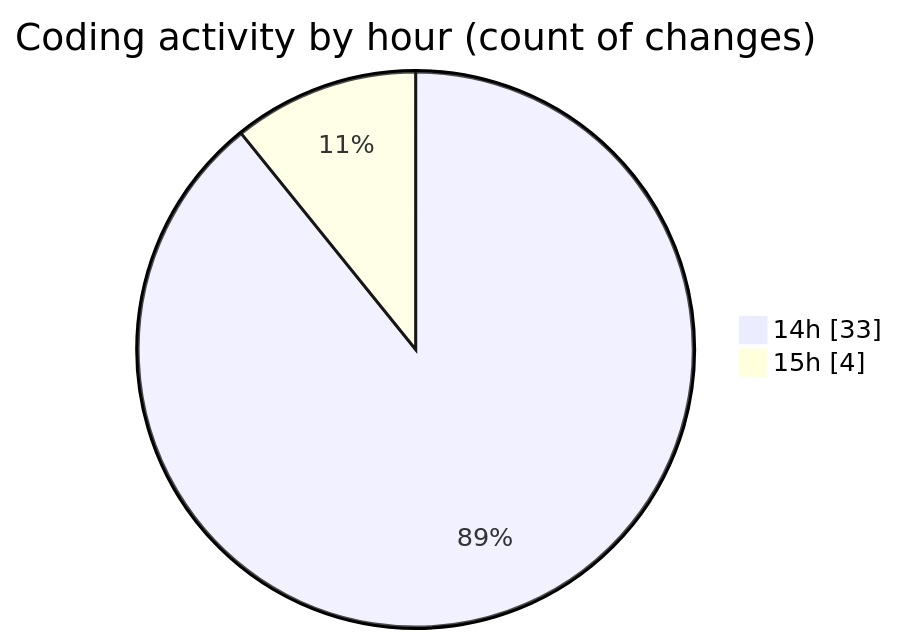
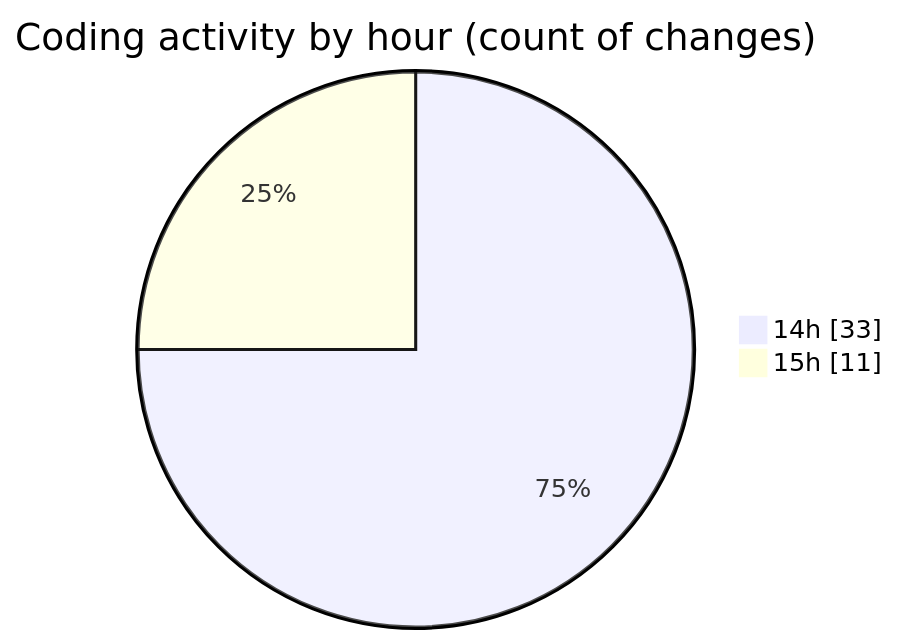
The second of 2 diagrams in 2026-03-04/shadcn-admin-kit-main__workspace_/README.md (jadenblack/code-tracking), drawn with Mermaid before and after one commit. The commit also changed other lines of this file and 1 other file, not shown here.

````diff
--- a/2026-03-04/shadcn-admin-kit-main__workspace_/README.md
+++ b/2026-03-04/shadcn-admin-kit-main__workspace_/README.md
@@ -51,6 +55,6 @@
 ```mermaid
 pie showData
 title Coding activity by hour (count of changes)
 "14h" : 33
-"15h" : 4
+"15h" : 11
 ```
````
